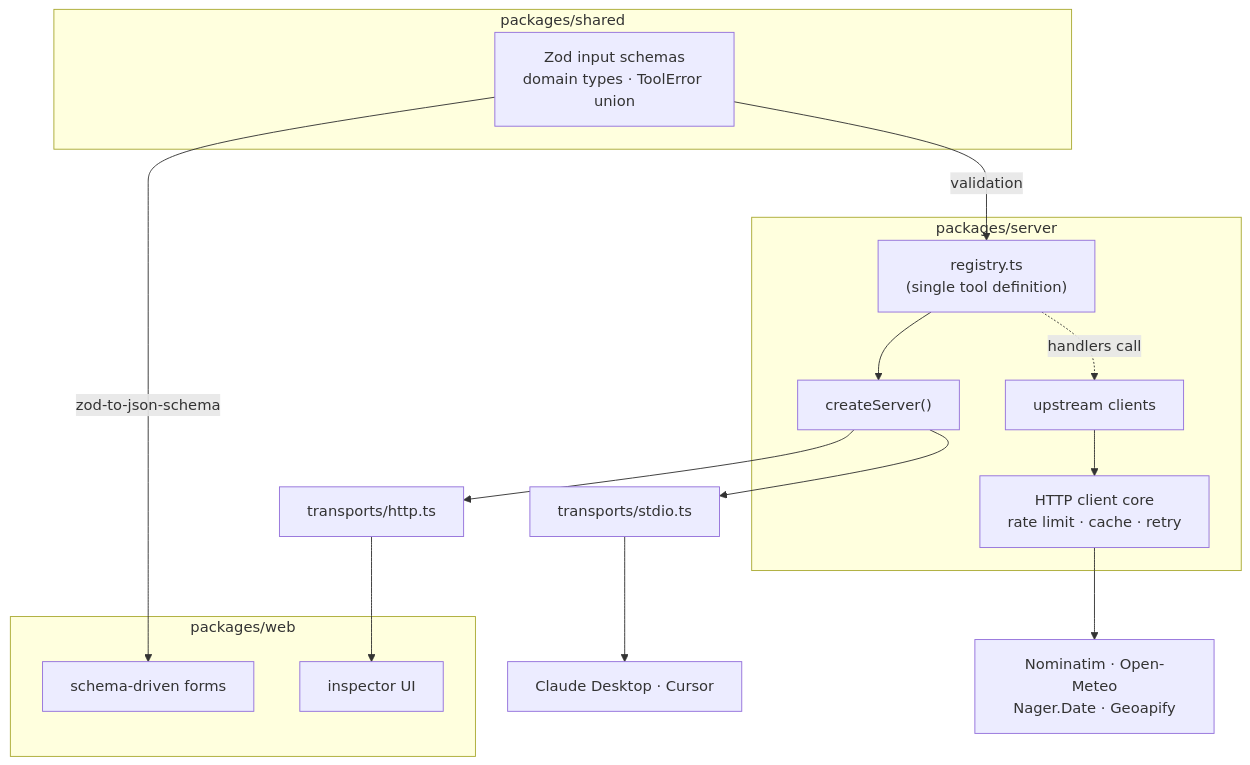
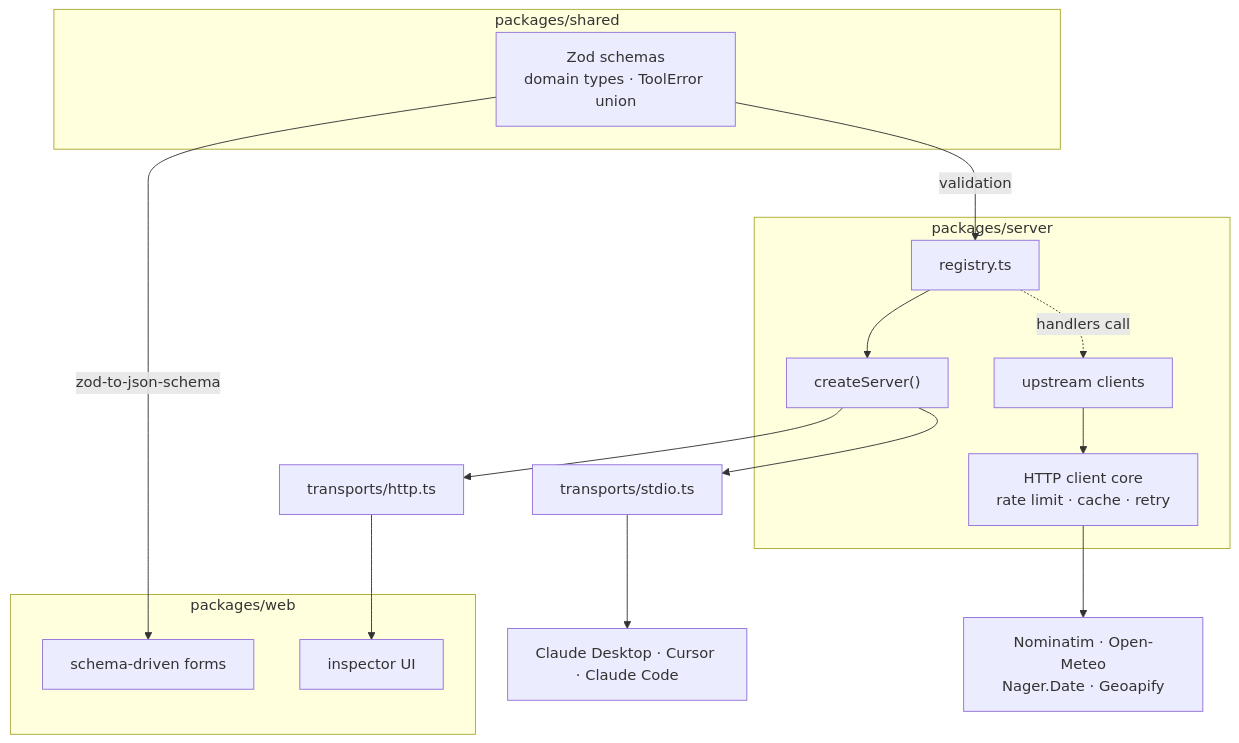
The diagram in README.md (davidsmorais/bearings-mcp), drawn with Mermaid before and after one commit. The commit also changed other lines of this file, not shown here.

First line of the commit message:
docs(readme): simplify and add Claude Code testing instructions

````diff
--- a/README.md
+++ b/README.md
@@ -111,26 +185,26 @@
 ```mermaid
 flowchart TD
     subgraph shared["packages/shared"]
-        S["Zod input schemas<br/>domain types · ToolError union"]
+        S["Zod schemas<br/>domain types · ToolError union"]
     end
     subgraph server["packages/server"]
-        R["registry.ts<br/>(single tool definition)"]
+        R["registry.ts"]
         CS["createServer()"]
         H["HTTP client core<br/>rate limit · cache · retry"]
         U["upstream clients"]
         R --> CS
         U --> H
     end
     subgraph web["packages/web"]
         F["schema-driven forms"]
         I["inspector UI"]
     end
     S -->|validation| R
     S -->|zod-to-json-schema| F
     CS --> T1["transports/stdio.ts"]
     CS --> T2["transports/http.ts"]
-    T1 --> MCP["Claude Desktop · Cursor"]
+    T1 --> MCP["Claude Desktop · Cursor · Claude Code"]
     T2 --> I
-    R -. "handlers call" .-> U
+    R -. handlers call .-> U
     H --> EXT["Nominatim · Open-Meteo<br/>Nager.Date · Geoapify"]
 ```
````
